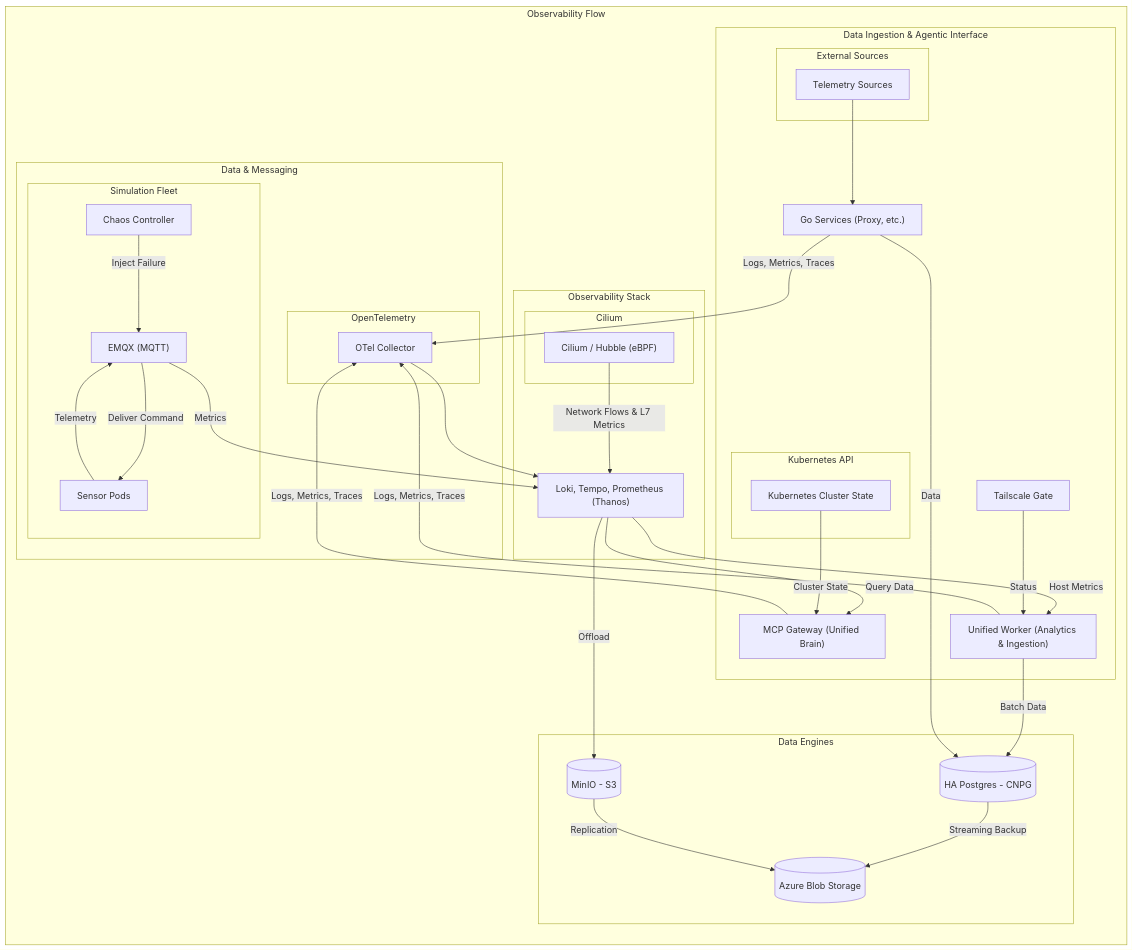
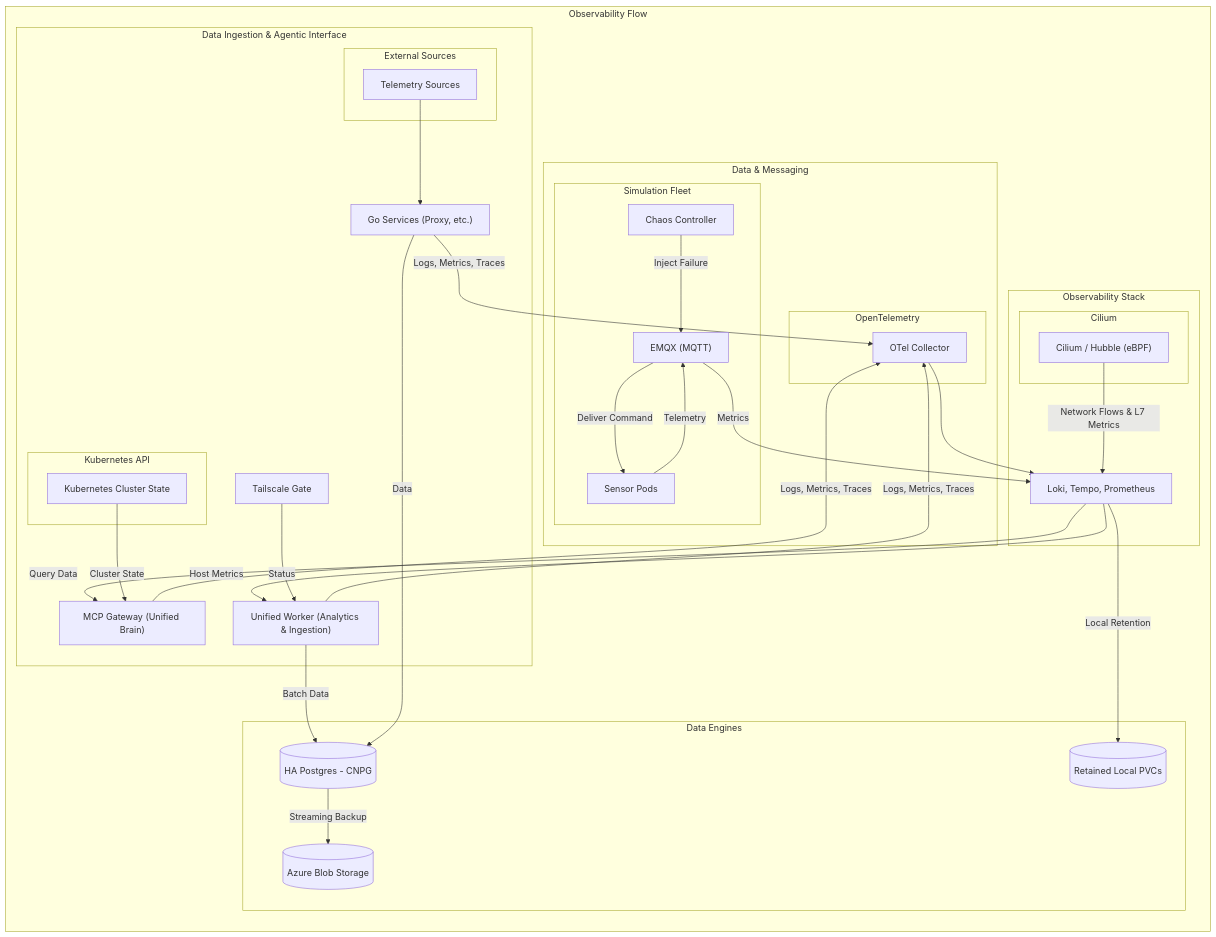
Before and after one commit to victoriacheng15/observability-hub: the second of 2 diagrams in docs/architecture/core-concepts/observability.md, drawn with Mermaid. The commit also changed other lines of this file and 16 other files, not shown here.

Commit message:
docs(observability): document local retention (#543)

````diff
--- a/docs/architecture/core-concepts/observability.md
+++ b/docs/architecture/core-concepts/observability.md
@@ -39,75 +39,74 @@
 ```mermaid
 flowchart TB
     subgraph ObservabilityFlow ["Observability Flow"]
         direction TB
         subgraph Logic ["Data Ingestion & Agentic Interface"]
             subgraph ExternalSources ["External Sources"]
                 External["Telemetry Sources"]
             end
 
             subgraph Kube["Kubernetes API"]
               K3S["Kubernetes Cluster State"]
             end
 
             GoApps["Go Services (Proxy, etc.)"]
             MCP["MCP Gateway (Unified Brain)"]
             Worker["Unified Worker (Analytics & Ingestion)"]
             Gate[Tailscale Gate]
         end
 
         subgraph DataPlatform ["Data & Messaging"]
             subgraph Simulation ["Simulation Fleet"]
                 Chaos["Chaos Controller"]
                 Sensors["Sensor Pods"]
                 EMQX["EMQX (MQTT)"]
             end
             subgraph OtelCollector ["OpenTelemetry"]
                 OTEL[OTel Collector]
             end
         end
 
         subgraph Observability ["Observability Stack"]
         subgraph Kernal ["Cilium"]
           Cilium["Cilium / Hubble (eBPF)"]
         end
 
-          LGTM["Loki, Tempo, Prometheus (Thanos)"]
+          LGTM["Loki, Tempo, Prometheus"]
         end
 
         subgraph Storage ["Data Engines"]
             PG[(HA Postgres - CNPG)]
-            S3[(MinIO - S3)]
+            PVC[(Retained Local PVCs)]
             Azure[(Azure Blob Storage)]
         end
     end
 
     %% Data Pipeline Connections
     External --> GoApps
     
     %% Unified MCP Paths
     LGTM -- "Query Data" --> MCP
     K3S -- "Cluster State" --> MCP
 
     %% Simulation Flow
     Chaos -- "Inject Failure" --> EMQX
     EMQX -- "Deliver Command" --> Sensors
     Sensors -- "Telemetry" --> EMQX
     EMQX -- "Metrics" --> LGTM
 
     %% Telemetry & Storage Connections
     LGTM -- "Host Metrics" --> Worker
     Gate -- "Status" --> Worker
     Worker -- "Batch Data" --> PG
     GoApps -- Data --> PG
 
     %% Telemetry Pipeline (OTLP)
     GoApps & MCP & Worker -- "Logs, Metrics, Traces" --> OTEL
     Cilium -- "Network Flows & L7 Metrics" --> LGTM
     
     OTEL --> LGTM
     
     %% Resilience & Backup
-    LGTM -- "Offload" --> S3
+    LGTM -- "Local Retention" --> PVC
     PG -- "Streaming Backup" --> Azure
-    S3 -- "Replication" --> Azure
 ```
````
